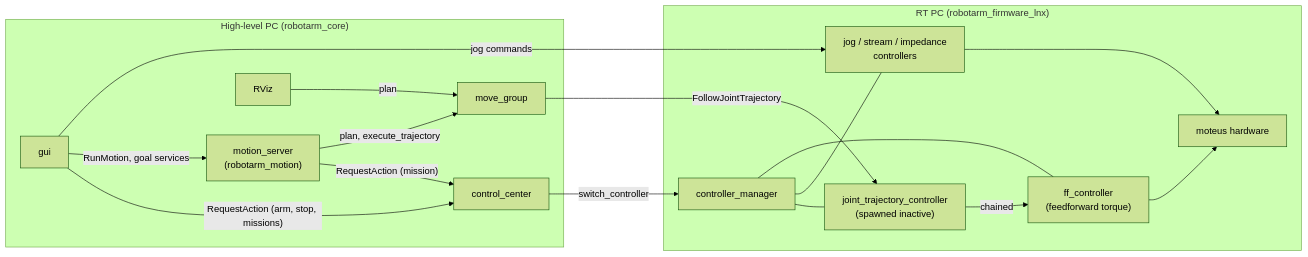
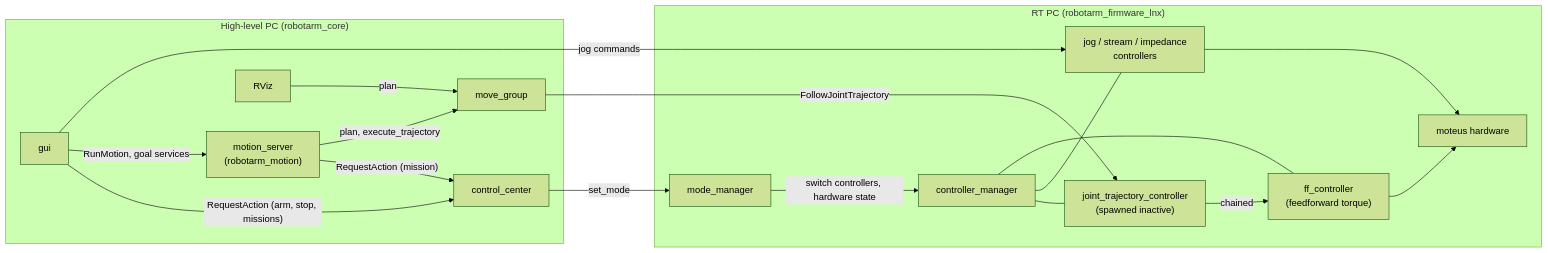
The diagram in src/robotarm_moveit_config/README.md (ruben01egle/robotarm_core), drawn with Mermaid (forest theme) before and after one commit. The commit also changed other lines of this file and 23 other files, not shown here.

````diff
--- a/src/robotarm_moveit_config/README.md
+++ b/src/robotarm_moveit_config/README.md
@@ -13,28 +13,30 @@
 ```mermaid
 flowchart LR
     subgraph HL["High-level PC (robotarm_core)"]
         GUI["gui"]
         CC["control_center"]
         MS["motion_server<br/>(robotarm_motion)"]
         MG["move_group"]
         RVIZ["RViz"]
     end
     subgraph RT["RT PC (robotarm_firmware_lnx)"]
+        MM["mode_manager"]
         CM["controller_manager"]
         JTC["joint_trajectory_controller<br/>(spawned inactive)"]
         JOG["jog / stream / impedance<br/>controllers"]
         FF["ff_controller<br/>(feedforward torque)"]
         HW["moteus hardware"]
     end
     GUI -- "RequestAction (arm, stop, missions)" --> CC
     GUI -- "RunMotion, goal services" --> MS
     MS -- "RequestAction (mission)" --> CC
-    CC -- "switch_controller" --> CM
+    CC -- "set_mode" --> MM
+    MM -- "switch controllers, hardware state" --> CM
     MS -- "plan, execute_trajectory" --> MG
     RVIZ -- "plan" --> MG
     MG -- "FollowJointTrajectory" --> JTC
     GUI -- "jog commands" --> JOG
     CM --- JTC & JOG & FF
     JTC -- "chained" --> FF
     FF & JOG --> HW
 ```
````
